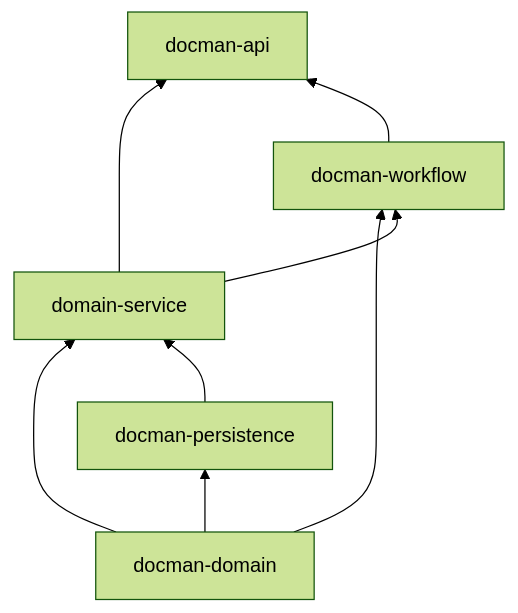
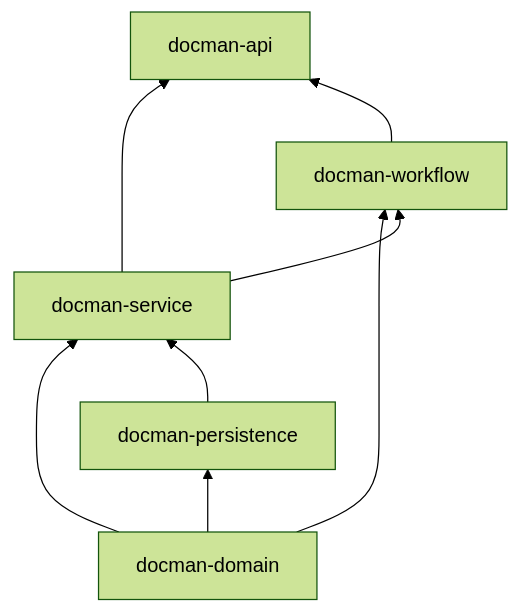
Before and after one commit to kamranzafar/docman-ai: the second of 4 diagrams in docs/ARCHITECTURE.md, drawn with Mermaid (forest theme). The commit also changed other lines of this file and 1 other file, not shown here.

First line of the commit message:
Update docs for domain-service -> docman-service rename

````diff
--- a/docs/ARCHITECTURE.md
+++ b/docs/ARCHITECTURE.md
@@ -46,10 +46,10 @@
 ```mermaid
 flowchart BT
     domain[docman-domain] --> persistence[docman-persistence]
-    domain --> service[domain-service]
+    domain --> service[docman-service]
     persistence --> service
     domain --> workflow[docman-workflow]
     service --> workflow
     service --> api[docman-api]
     workflow --> api
 ```
````
